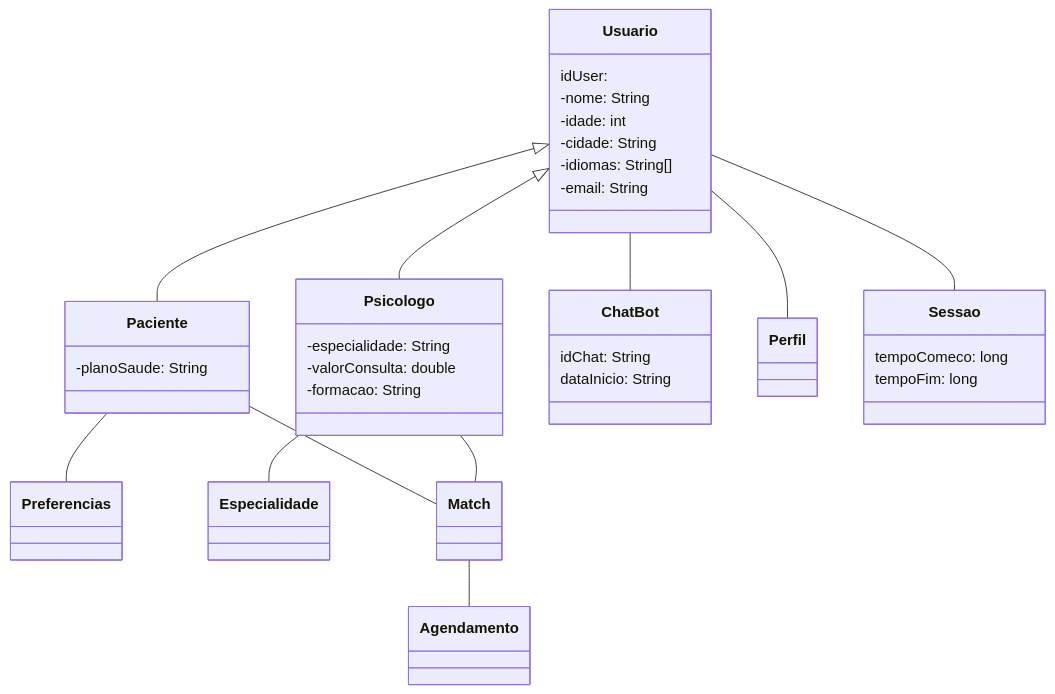
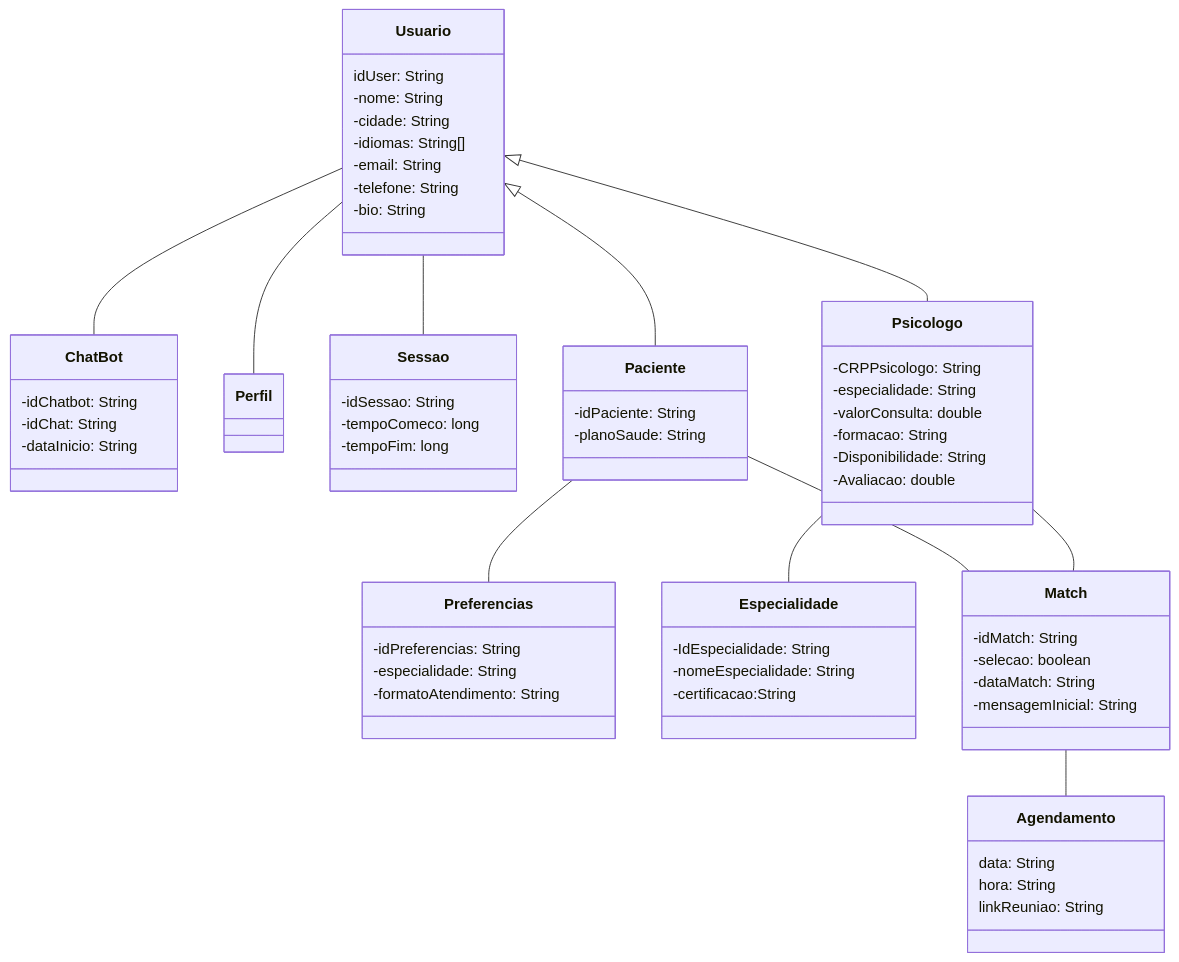
The diagram in funcionalidades/documentacao.md (eduardofuncao/Pisitin), drawn with Mermaid before and after one commit. The commit also changed 1 other file, not shown here.

Commit message:
atualiza diagrama de classes mermaaid com os atributos das classes

````diff
--- a/funcionalidades/documentacao.md
+++ b/funcionalidades/documentacao.md
@@ -38,62 +38,78 @@
 ```mermaid
 classDiagram
-    Usuario <|-- Paciente
-    Usuario <|-- Psicologo
     Usuario -- ChatBot
     Usuario -- Perfil
     Usuario -- Sessao
+    Usuario <|-- Paciente
+    Usuario <|-- Psicologo
     Paciente -- Preferencias
     Psicologo -- Especialidade
     Paciente -- Match
     Psicologo -- Match
     Match -- Agendamento
 
 
+
     class Usuario{
-        idUser:
+        idUser: String
         -nome: String
-        -idade: int
         -cidade: String
         -idiomas: String[]
         -email: String
+        -telefone: String
+        -bio: String
     }
 
     class ChatBot{
-        idChat: String
-        dataInicio: String
+        -idChatbot: String
+        -idChat: String
+        -dataInicio: String
     }
 
     class Sessao{
-        tempoComeco: long
-        tempoFim: long
+        -idSessao: String
+        -tempoComeco: long
+        -tempoFim: long
     }
 
     class Paciente{
+        -idPaciente: String
         -planoSaude: String
     }
 
     class Psicologo{
+        -CRPPsicologo: String
         -especialidade: String
         -valorConsulta: double
         -formacao: String
+        -Disponibilidade: String
+        -Avaliacao: double
     }
 
     class Match{
-
+        -idMatch: String
+        -selecao: boolean
+        -dataMatch: String
+        -mensagemInicial: String
     }
 
     class Especialidade{
-        
+        -IdEspecialidade: String
+        -nomeEspecialidade: String
+        -certificacao:String
     }
 
     class Preferencias{
-
+        -idPreferencias: String
+        -especialidade: String
+        -formatoAtendimento: String
     }
 
     class Agendamento{
-        
+        data: String
+        hora: String
+        linkReuniao: String
     }
 
 
-
 ```
````
